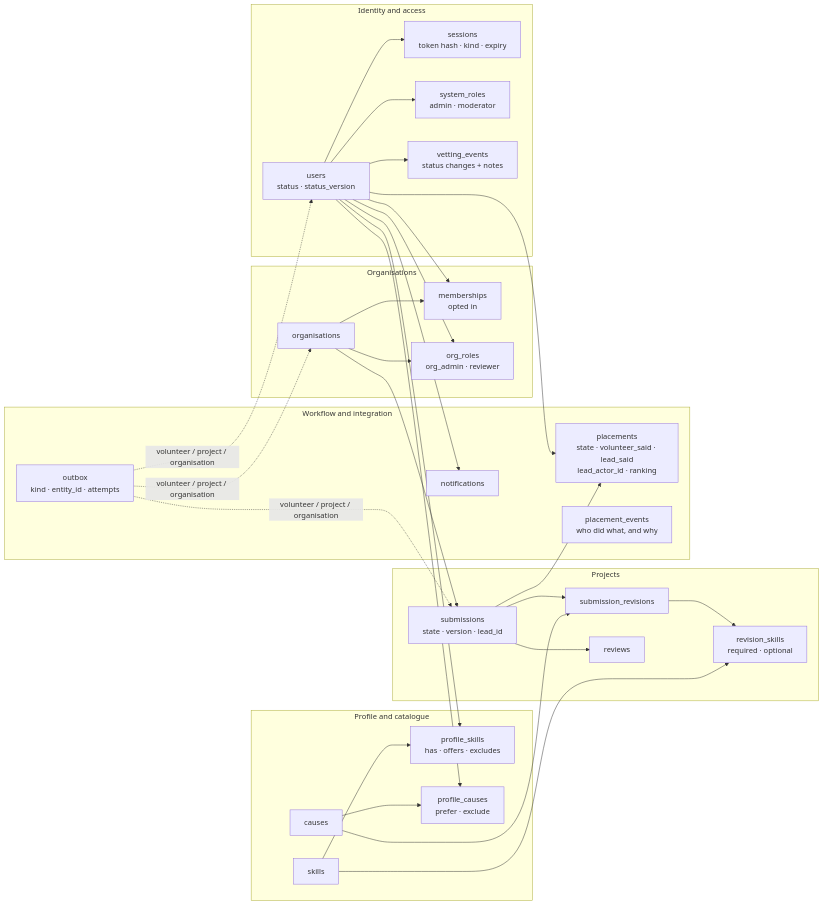
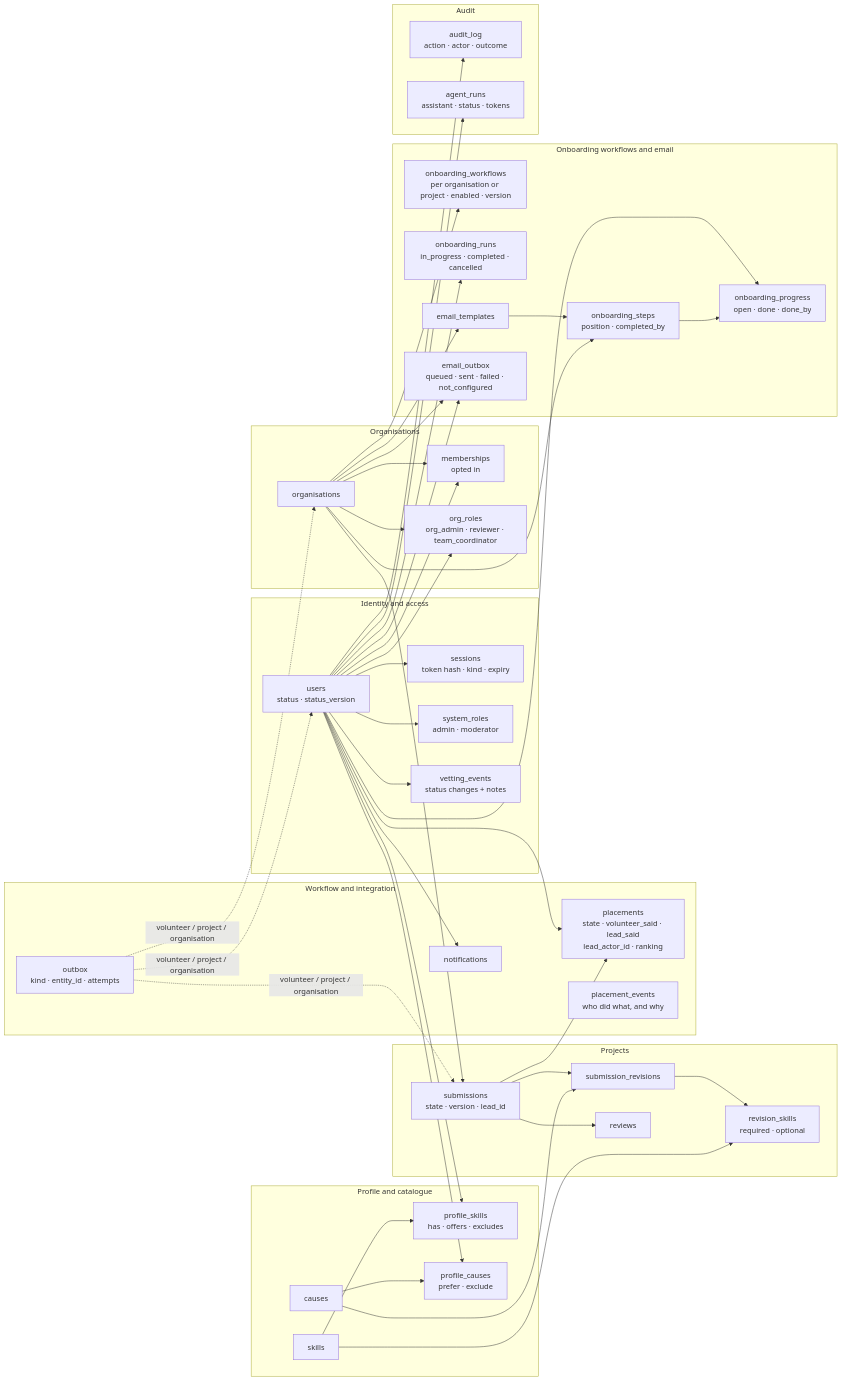
One commit to TheCyberScallywag/hackEntry changed the third of 13 diagrams in docs/content/project/solution-architecture.md. Above: the diagram before and after it, drawn with Mermaid. The commit also changed other lines of this file and 48 other files, not shown here.

````diff
--- a/docs/content/project/solution-architecture.md
+++ b/docs/content/project/solution-architecture.md
@@ -256,41 +269,57 @@
 ```mermaid
 flowchart LR
   subgraph Identity["Identity and access"]
     users["users<br/>status · status_version"]
     sessions["sessions<br/>token hash · kind · expiry"]
     system_roles["system_roles<br/>admin · moderator"]
     vetting_events["vetting_events<br/>status changes + notes"]
   end
   subgraph Orgs["Organisations"]
     organisations
     memberships["memberships<br/>opted in"]
-    org_roles["org_roles<br/>org_admin · reviewer"]
+    org_roles["org_roles<br/>org_admin · reviewer · team_coordinator"]
   end
   subgraph Profile["Profile and catalogue"]
     skills
     causes
     profile_skills["profile_skills<br/>has · offers · excludes"]
     profile_causes["profile_causes<br/>prefer · exclude"]
   end
   subgraph Projects["Projects"]
     submissions["submissions<br/>state · version · lead_id"]
     submission_revisions
     revision_skills["revision_skills<br/>required · optional"]
     reviews
   end
   subgraph Workflow["Workflow and integration"]
     placements["placements<br/>state · volunteer_said · lead_said<br/>lead_actor_id · ranking"]
     placement_events["placement_events<br/>who did what, and why"]
     notifications
     outbox["outbox<br/>kind · entity_id · attempts"]
   end
+  subgraph Onboarding["Onboarding workflows and email"]
+    onboarding_workflows["onboarding_workflows<br/>per organisation or project · enabled · version"]
+    onboarding_steps["onboarding_steps<br/>position · completed_by"]
+    onboarding_runs["onboarding_runs<br/>in_progress · completed · cancelled"]
+    onboarding_progress["onboarding_progress<br/>open · done · done_by"]
+    email_templates
+    email_outbox["email_outbox<br/>queued · sent · failed · not_configured"]
+  end
+  subgraph Trail["Audit"]
+    audit_log["audit_log<br/>action · actor · outcome"]
+    agent_runs["agent_runs<br/>assistant · status · tokens"]
+  end
   users --> sessions & system_roles & vetting_events & memberships & org_roles
   users --> profile_skills & profile_causes & notifications
   organisations --> memberships & org_roles & submissions
   skills --> profile_skills & revision_skills
   causes --> profile_causes & submission_revisions
   submissions --> submission_revisions --> revision_skills
   submissions --> reviews & placements
   users --> placements
+  organisations --> onboarding_workflows & onboarding_steps & email_templates & email_outbox
+  onboarding_steps --> onboarding_progress
+  email_templates --> onboarding_steps
+  users --> onboarding_runs & onboarding_progress & email_outbox & audit_log & agent_runs
   outbox -. "volunteer / project / organisation" .-> users & submissions & organisations
 ```
````
